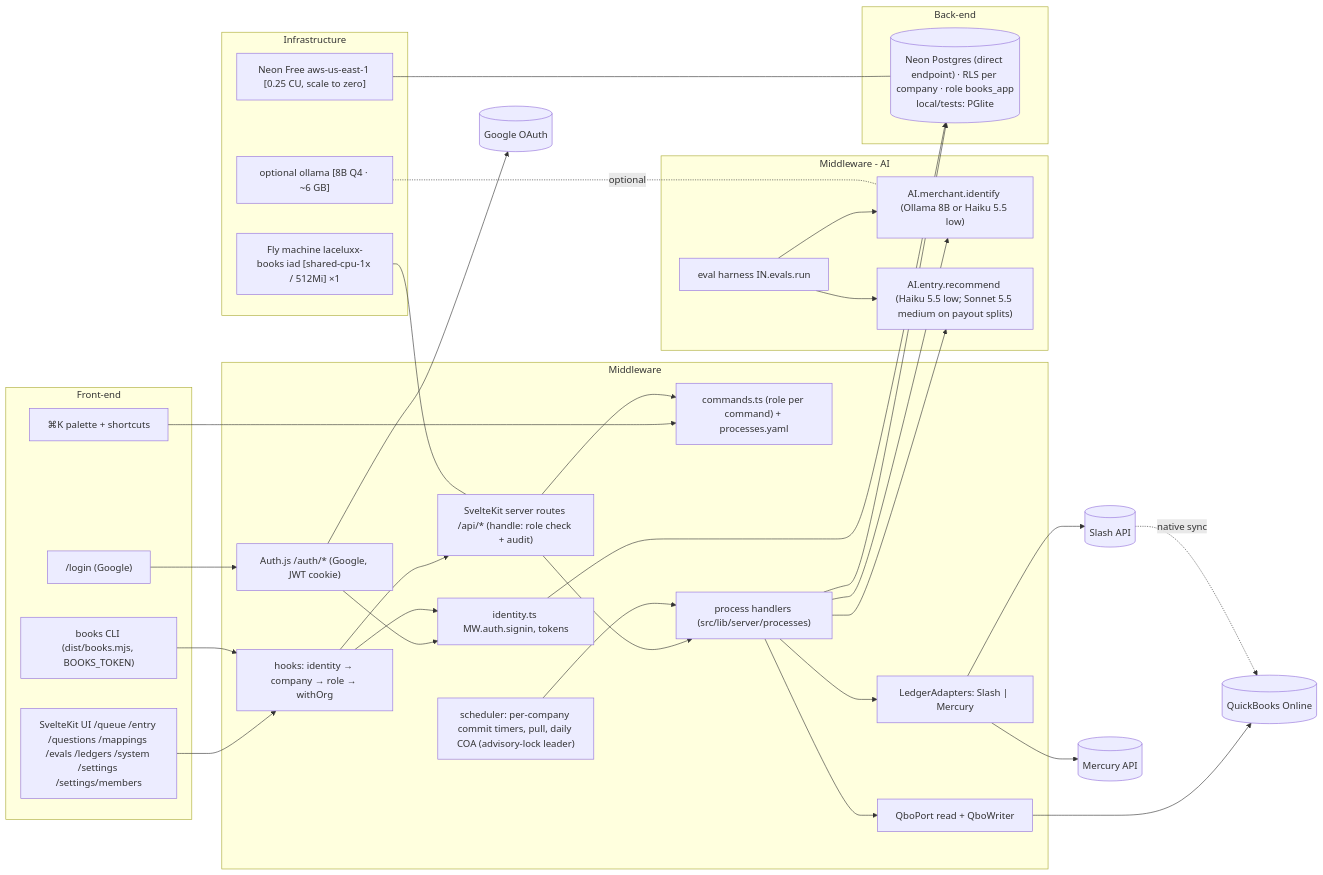
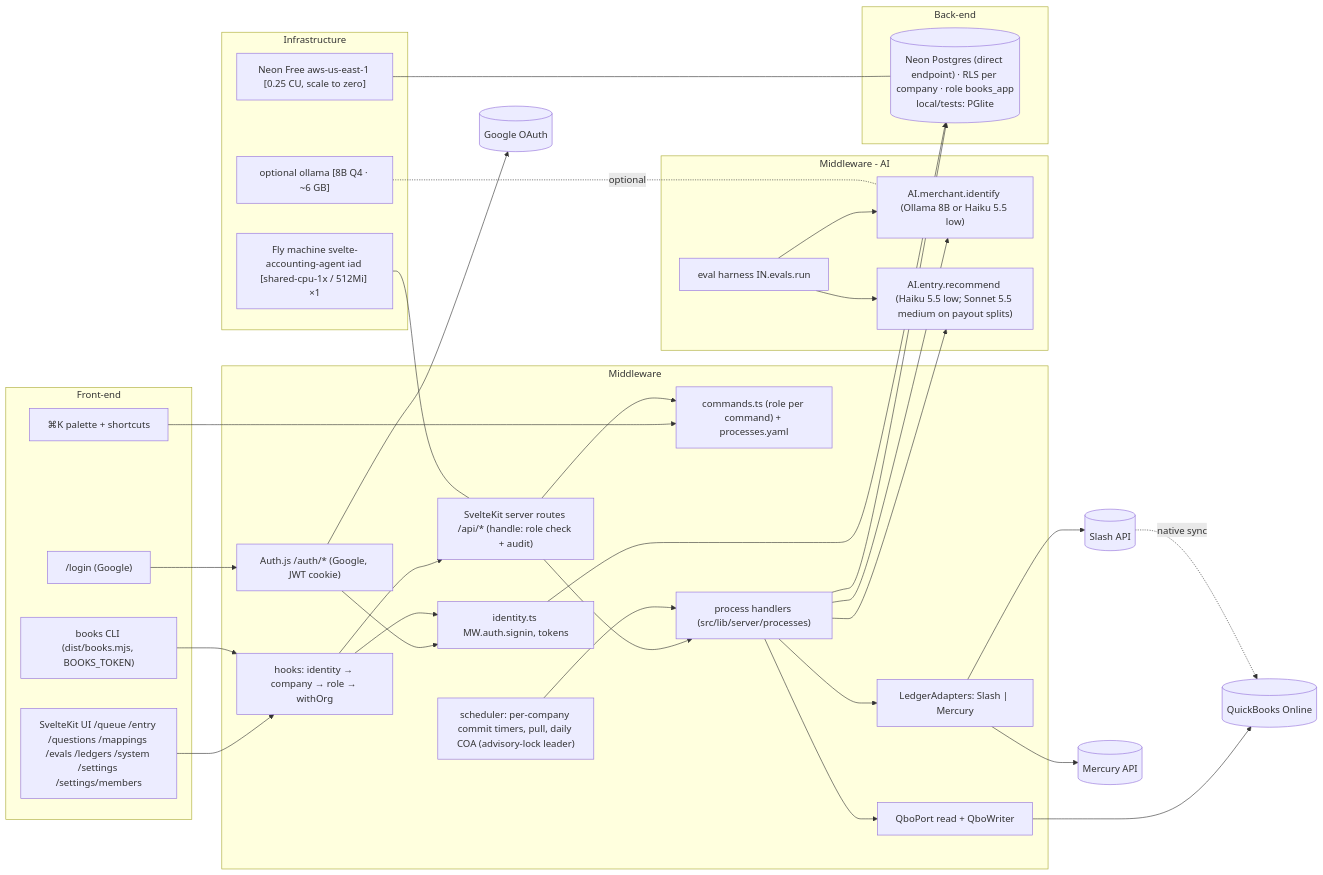
One commit to MAKaminski/svelte-accounting-agent changed the second of 16 diagrams in ARCHITECTURE.md. Above: the diagram before and after it, drawn with Mermaid. The commit also changed other lines of this file and 59 other files, not shown here.

````diff
--- a/ARCHITECTURE.md
+++ b/ARCHITECTURE.md
@@ -181,56 +186,56 @@
 ```mermaid
 flowchart LR
   subgraph FE[Front-end]
     UI["SvelteKit UI /queue /entry /questions /mappings /evals /ledgers /system /settings /settings/members"]
     LOGIN["/login (Google)"]
     CLI["books CLI (dist/books.mjs, BOOKS_TOKEN)"]
     PAL["⌘K palette + shortcuts"]
   end
   subgraph MW[Middleware]
     AUTH["Auth.js /auth/* (Google, JWT cookie)"]
     HOOK["hooks: identity → company → role → withOrg"]
     IDN["identity.ts MW.auth.signin, tokens"]
     API["SvelteKit server routes /api/* (handle: role check + audit)"]
     REG["commands.ts (role per command) + processes.yaml"]
     PROC["process handlers (src/lib/server/processes)"]
     SCH["scheduler: per-company commit timers, pull, daily COA (advisory-lock leader)"]
     LED["LedgerAdapters: Slash | Mercury"]
     QBC["QboPort read + QboWriter"]
   end
   subgraph AI[Middleware - AI]
     ID["AI.merchant.identify (Ollama 8B or Haiku 5.5 low)"]
     REC["AI.entry.recommend (Haiku 5.5 low; Sonnet 5.5 medium on payout splits)"]
     EV["eval harness IN.evals.run"]
   end
   subgraph BE[Back-end]
     DB[("Neon Postgres (direct endpoint) · RLS per company · role books_app<br/>local/tests: PGlite")]
   end
   subgraph IN[Infrastructure]
-    C["Fly machine laceluxx-books iad [shared-cpu-1x / 512Mi] ×1"]
+    C["Fly machine svelte-accounting-agent iad [shared-cpu-1x / 512Mi] ×1"]
     NEON["Neon Free aws-us-east-1 [0.25 CU, scale to zero]"]
     OL["optional ollama [8B Q4 · ~6 GB]"]
   end
   LOGIN --> AUTH --> GOOG[(Google OAuth)]
   AUTH --> IDN
   UI --> HOOK
   CLI --> HOOK
   PAL --> REG
   HOOK --> IDN
   HOOK --> API
   API --> REG
   API --> PROC
   SCH --> PROC
   PROC --> LED --> SLASH[(Slash API)]
   LED --> MERC[(Mercury API)]
   PROC --> QBC --> QBO[(QuickBooks Online)]
   SLASH -. native sync .-> QBO
   PROC --> ID
   PROC --> REC
   EV --> REC
   EV --> ID
   PROC --> DB
   IDN --> DB
   C --- API
   NEON --- DB
   OL -. optional .- ID
 ```
````
